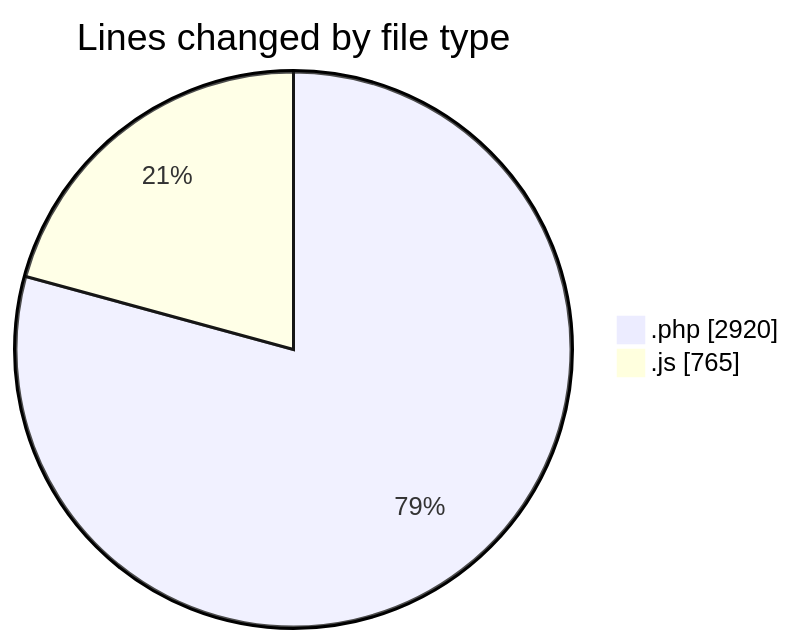
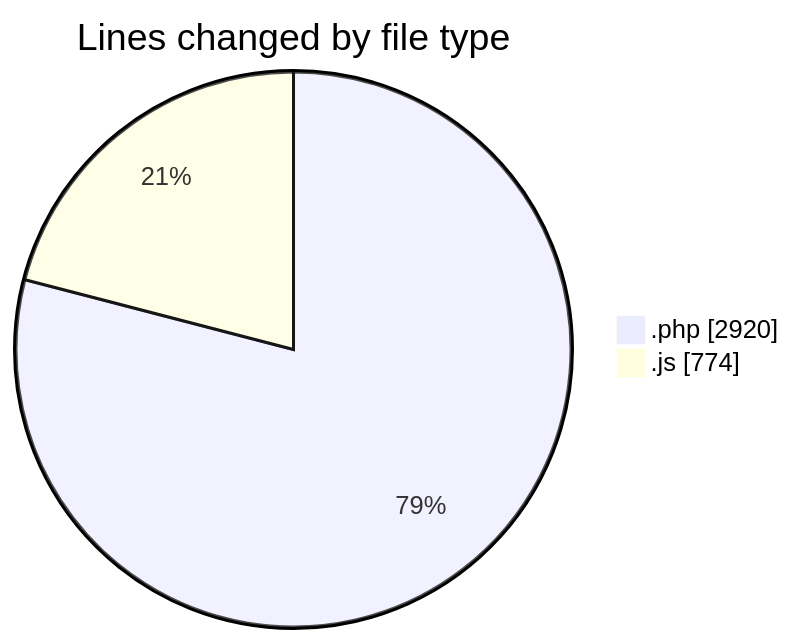
The first of 2 diagrams in 2026-10-20/untitled__workspace_/README.md (debugP/code-tracking), drawn with Mermaid before and after one commit. The commit also changed other lines of this file and 1 other file, not shown here.

````diff
--- a/2026-10-20/untitled__workspace_/README.md
+++ b/2026-10-20/untitled__workspace_/README.md
@@ -21,6 +21,6 @@
 ```mermaid
 pie showData
 title Lines changed by file type
 ".php" : 2920
-".js" : 765
+".js" : 774
 ```
````
